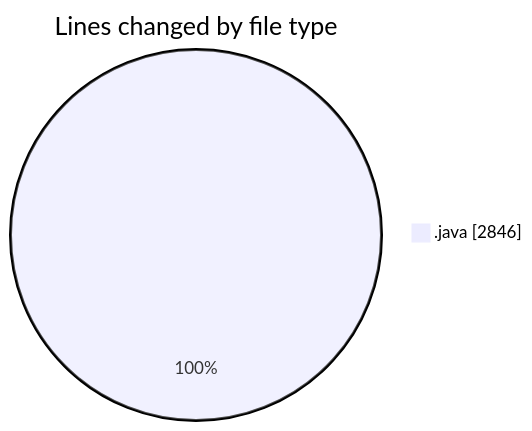
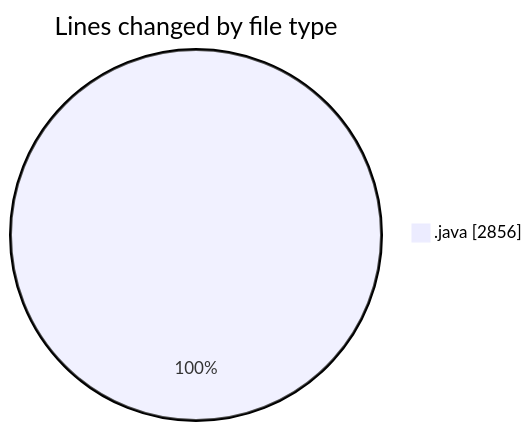
Before and after one commit to ricardozamudiocil/code-tracking: the first of 2 diagrams in 2026-06-03/cilapp/README.md, drawn with Mermaid. The commit also changed other lines of this file and 1 other file, not shown here.

````diff
--- a/2026-06-03/cilapp/README.md
+++ b/2026-06-03/cilapp/README.md
@@ -23,5 +23,5 @@
 ```mermaid
 pie showData
 title Lines changed by file type
-".java" : 2846
+".java" : 2856
 ```
````
